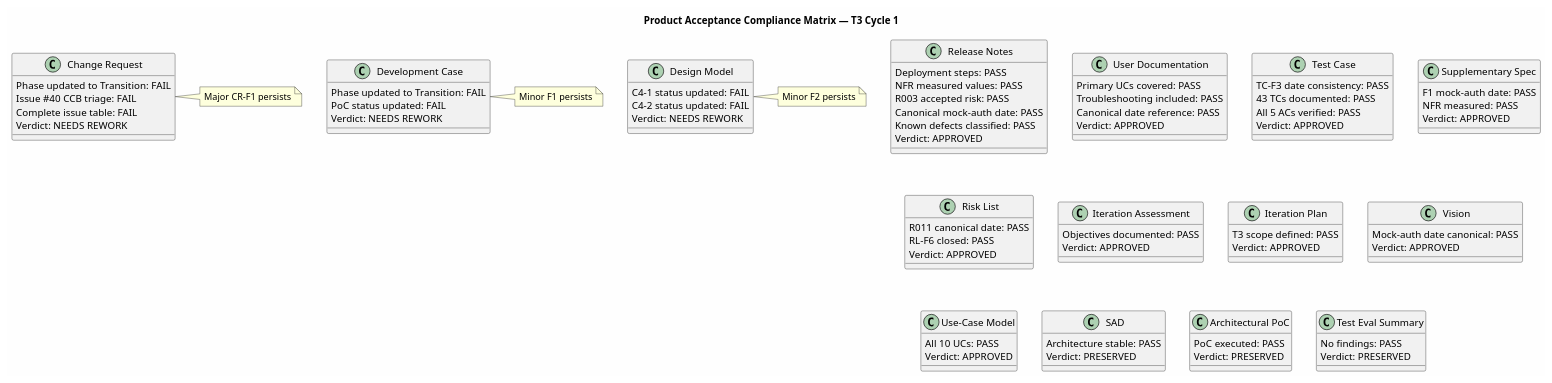
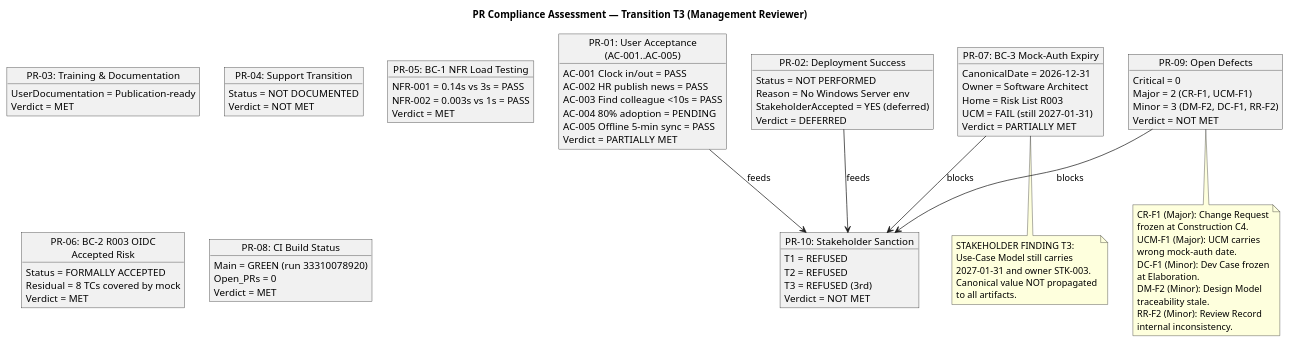
Before and after one commit to banense-test/portal-cuba-corp: the first of 10 diagrams in docs/artifacts/project-management/review-record.md, drawn with PlantUML. The commit also changed other lines of this file, not shown here.

First line of the commit message:
Management Reviewer [T3]: upsert Review Record

````diff
--- a/docs/artifacts/project-management/review-record.md
+++ b/docs/artifacts/project-management/review-record.md
@@ -130,102 +113,103 @@
 ```plantuml
 @startuml
-title Product Acceptance Compliance Matrix — T3 Cycle 1
+title PR Compliance Assessment — Transition T3 (Management Reviewer)
 
-skinparam backgroundColor #FEFEFE
+skinparam classAttributeIconSize 0
+skinparam classBackgroundColor #F0F4FF
+skinparam classBorderColor #336699
 skinparam shadowing false
 
-class "Release Notes" as RN {
-  Deployment steps: PASS
-  NFR measured values: PASS
-  R003 accepted risk: PASS
-  Canonical mock-auth date: PASS
-  Known defects classified: PASS
-  Verdict: APPROVED
+object "PR-01: User Acceptance\n(AC-001..AC-005)" as PR01 {
+  AC-001 Clock in/out = PASS
+  AC-002 HR publish news = PASS
+  AC-003 Find colleague <10s = PASS
+  AC-004 80% adoption = PENDING
+  AC-005 Offline 5-min sync = PASS
+  Verdict = PARTIALLY MET
 }
 
-class "User Documentation" as UD {
-  Primary UCs covered: PASS
-  Troubleshooting included: PASS
-  Canonical date reference: PASS
-  Verdict: APPROVED
+object "PR-02: Deployment Success" as PR02 {
+  Status = NOT PERFORMED
+  Reason = No Windows Server env
+  StakeholderAccepted = YES (deferred)
+  Verdict = DEFERRED
 }
 
-class "Test Case" as TC {
-  TC-F3 date consistency: PASS
-  43 TCs documented: PASS
-  All 5 ACs verified: PASS
-  Verdict: APPROVED
+object "PR-03: Training & Documentation" as PR03 {
+  UserDocumentation = Publication-ready
+  Verdict = MET
 }
 
-class "Supplementary Spec" as SS {
-  F1 mock-auth date: PASS
-  NFR measured: PASS
-  Verdict: APPROVED
+object "PR-04: Support Transition" as PR04 {
+  Status = NOT DOCUMENTED
+  Verdict = NOT MET
 }
 
-class "Change Request" as CR {
-  Phase updated to Transition: FAIL
-  Issue #40 CCB triage: FAIL
-  Complete issue table: FAIL
-  Verdict: NEEDS REWORK
+object "PR-05: BC-1 NFR Load Testing" as PR05 {
+  NFR-001 = 0.14s vs 3s = PASS
+  NFR-002 = 0.003s vs 1s = PASS
+  Verdict = MET
 }
 
-class "Development Case" as DC {
-  Phase updated to Transition: FAIL
-  PoC status updated: FAIL
-  Verdict: NEEDS REWORK
+object "PR-06: BC-2 R003 OIDC\nAccepted Risk" as PR06 {
+  Status = FORMALLY ACCEPTED
+  Residual = 8 TCs covered by mock
+  Verdict = MET
 }
 
-class "Design Model" as DM {
-  C4-1 status updated: FAIL
-  C4-2 status updated: FAIL
-  Verdict: NEEDS REWORK
+object "PR-07: BC-3 Mock-Auth Expiry" as PR07 {
+  CanonicalDate = 2026-12-31
+  Owner = Software Architect
+  Home = Risk List R003
+  UCM = FAIL (still 2027-01-31)
+  Verdict = PARTIALLY MET
 }
 
-class "Risk List" as RL {
-  R011 canonical date: PASS
-  RL-F6 closed: PASS
-  Verdict: APPROVED
+object "PR-08: CI Build Status" as PR08 {
+  Main = GREEN (run 33310078920)
+  Open_PRs = 0
+  Verdict = MET
 }
 
-class "Iteration Assessment" as IA {
-  Objectives documented: PASS
-  Verdict: APPROVED
+object "PR-09: Open Defects" as PR09 {
+  Critical = 0
+  Major = 2 (CR-F1, UCM-F1)
+  Minor = 3 (DM-F2, DC-F1, RR-F2)
+  Verdict = NOT MET
 }
 
-class "Iteration Plan" as IP {
-  T3 scope defined: PASS
-  Verdict: APPROVED
+object "PR-10: Stakeholder Sanction" as PR10 {
+  T1 = REFUSED
+  T2 = REFUSED
+  T3 = REFUSED (3rd)
+  Verdict = NOT MET
 }
 
-class "Vision" as VS {
-  Mock-auth date canonical: PASS
-  Verdict: APPROVED
-}
+PR01 --> PR10 : feeds
+PR02 --> PR10 : feeds
+PR07 --> PR10 : blocks
+PR09 --> PR10 : blocks
 
-class "Use-Case Model" as UCM {
-  All 10 UCs: PASS
-  Verdict: APPROVED
-}
+note bottom of PR07
+  STAKEHOLDER FINDING T3:
+  Use-Case Model still carries
+  2027-01-31 and owner STK-003.
+  Canonical value NOT propagated
+  to all artifacts.
+end note
 
-class "SAD" as SAD {
-  Architecture stable: PASS
-  Verdict: PRESERVED
-}
-
-class "Architectural PoC" as POC {
-  PoC executed: PASS
-  Verdict: PRESERVED
-}
-
-class "Test Eval Summary" as TES {
-  No findings: PASS
-  Verdict: PRESERVED
-}
-
-note right of CR : Major CR-F1 persists
-note right of DC : Minor F1 persists
-note right of DM : Minor F2 persists
+note bottom of PR09
+  CR-F1 (Major): Change Request
+  frozen at Construction C4.
+  UCM-F1 (Major): UCM carries
+  wrong mock-auth date.
+  DC-F1 (Minor): Dev Case frozen
+  at Elaboration.
+  DM-F2 (Minor): Design Model
+  traceability stale.
+  RR-F2 (Minor): Review Record
+  internal inconsistency.
+end note
 
 @enduml
 ```
````
